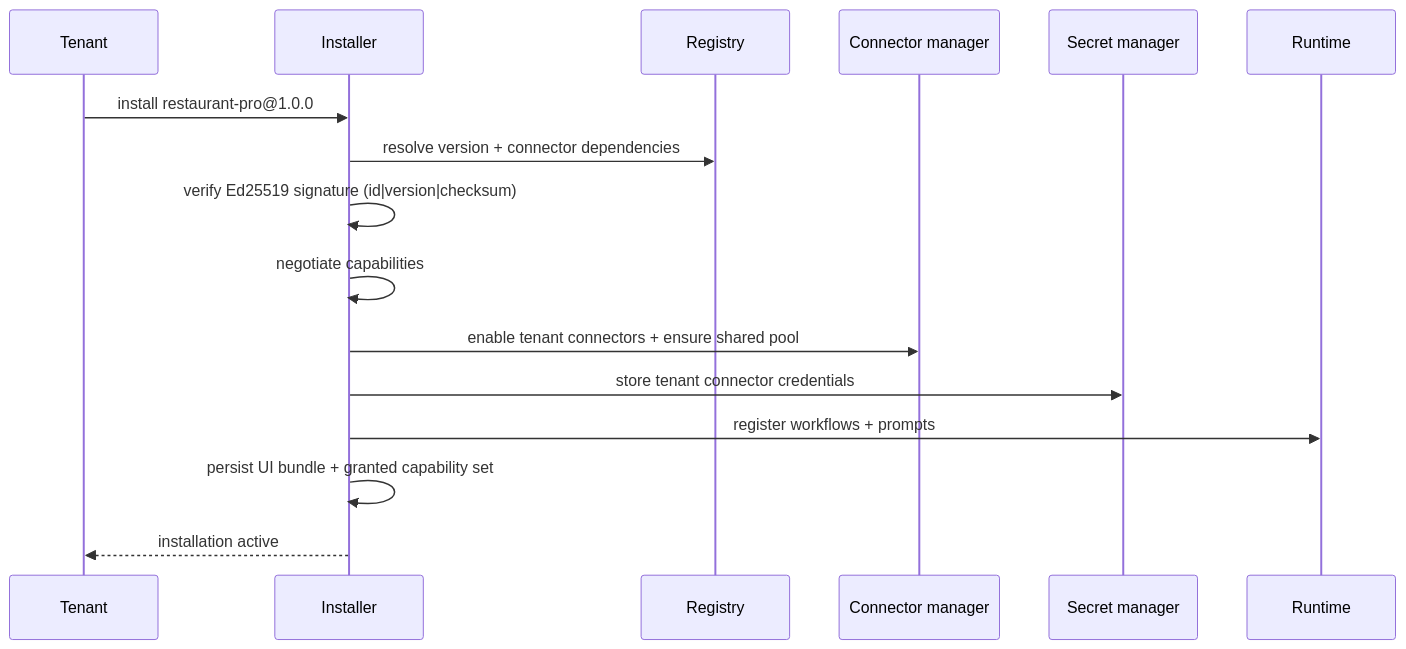
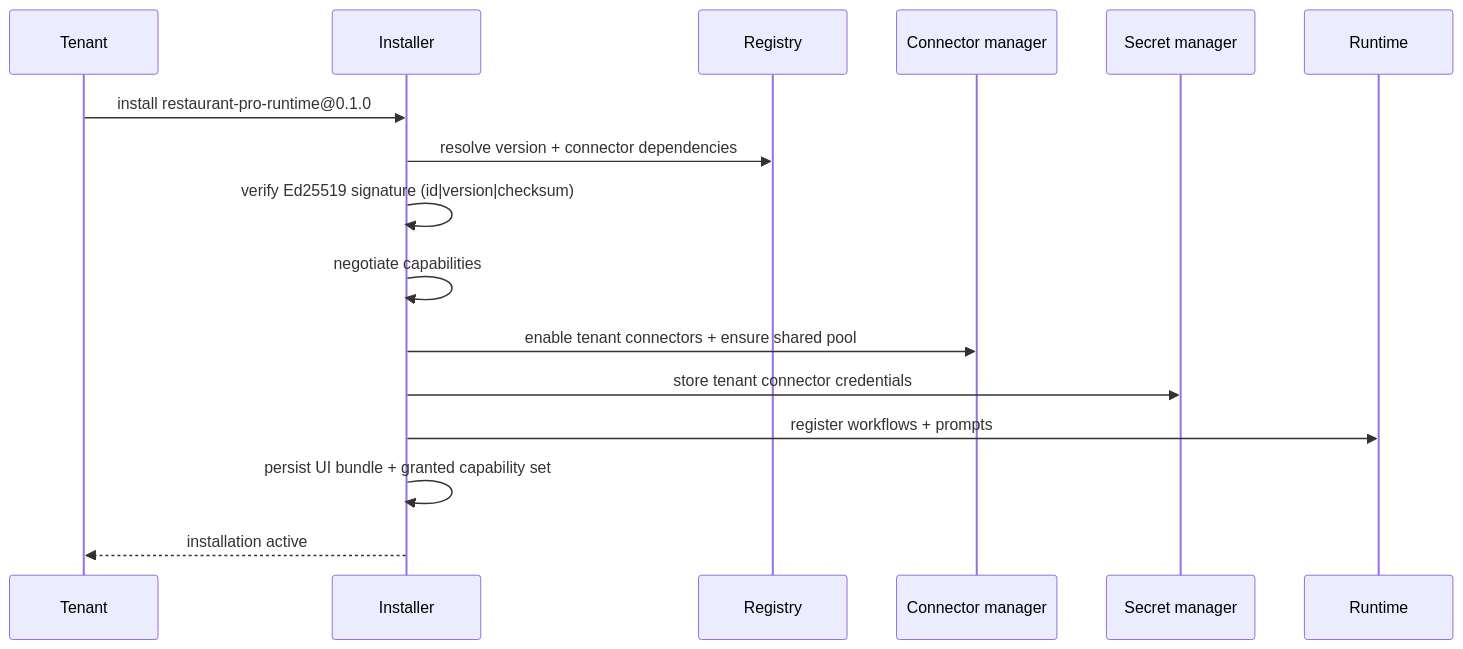
The first of 2 diagrams in docs/solutions/installation.md (qefro-ai/qefro-documentation), drawn with Mermaid before and after one commit. The commit also changed other lines of this file and 48 other files, not shown here.

````diff
--- a/docs/solutions/installation.md
+++ b/docs/solutions/installation.md
@@ -31,18 +32,18 @@
 ```mermaid
 sequenceDiagram
     participant T as Tenant
     participant I as Installer
     participant R as Registry
     participant CM as Connector manager
     participant SM as Secret manager
     participant RT as Runtime
-    T->>I: install restaurant-pro@1.0.0
+    T->>I: install restaurant-pro-runtime@0.1.0
     I->>R: resolve version + connector dependencies
     I->>I: verify Ed25519 signature (id|version|checksum)
     I->>I: negotiate capabilities
     I->>CM: enable tenant connectors + ensure shared pool
     I->>SM: store tenant connector credentials
     I->>RT: register workflows + prompts
     I->>I: persist UI bundle + granted capability set
     I-->>T: installation active
 ```
````
